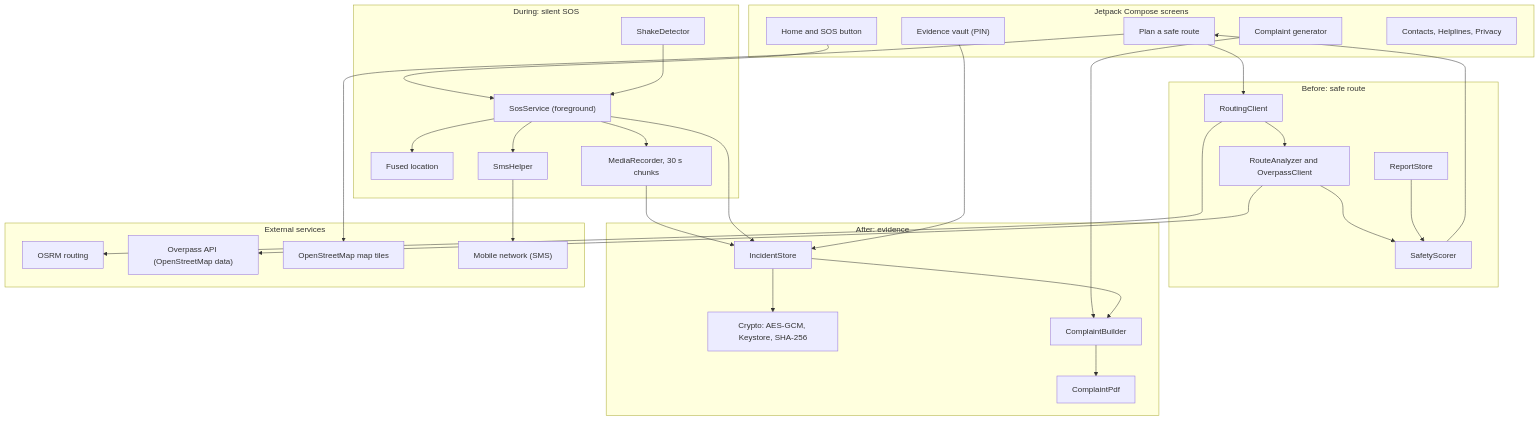
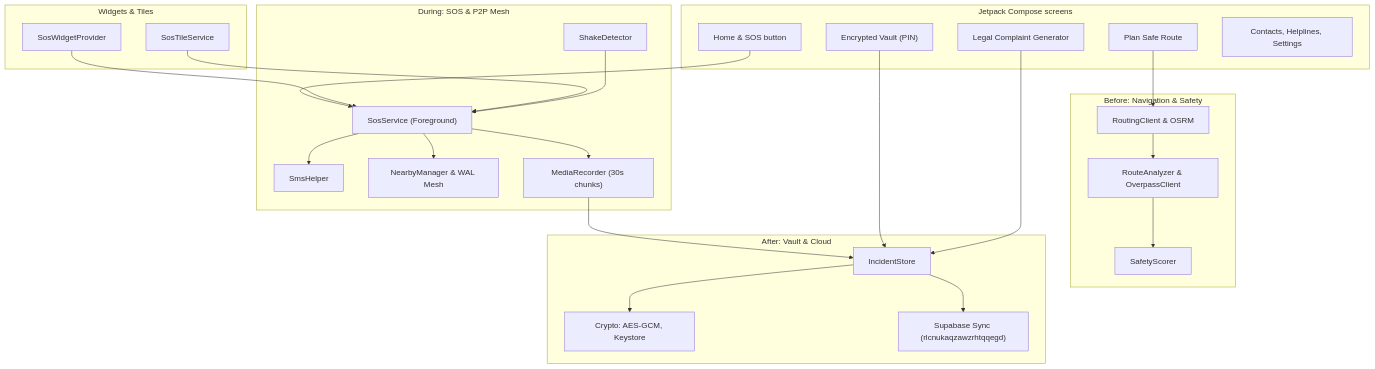
Before and after one commit to khushighumre/sheshield: the diagram in README.md, drawn with Mermaid. The commit also changed other lines of this file and 46 other files, not shown here.

````diff
--- a/README.md
+++ b/README.md
@@ -85,59 +65,48 @@
 ```mermaid
 flowchart TB
     subgraph UI["Jetpack Compose screens"]
-        Home["Home and SOS button"]
-        Plan["Plan a safe route"]
-        Vault["Evidence vault (PIN)"]
-        Complaint["Complaint generator"]
-        Other["Contacts, Helplines, Privacy"]
+        Home["Home & SOS button"]
+        Plan["Plan Safe Route"]
+        Vault["Encrypted Vault (PIN)"]
+        Complaint["Legal Complaint Generator"]
+        Other["Contacts, Helplines, Settings"]
     end
 
-    subgraph Before["Before: safe route"]
-        Routing["RoutingClient"]
-        Analyzer["RouteAnalyzer and OverpassClient"]
-        Reports["ReportStore"]
+    subgraph Before["Before: Navigation & Safety"]
+        Routing["RoutingClient & OSRM"]
+        Analyzer["RouteAnalyzer & OverpassClient"]
         Scorer["SafetyScorer"]
     end
 
-    subgraph During["During: silent SOS"]
+    subgraph During["During: SOS & P2P Mesh"]
         Shake["ShakeDetector"]
-        Service["SosService (foreground)"]
-        Loc["Fused location"]
+        Service["SosService (Foreground)"]
         Sms["SmsHelper"]
-        Rec["MediaRecorder, 30 s chunks"]
+        P2P["NearbyManager & WAL Mesh"]
+        Rec["MediaRecorder (30s chunks)"]
     end
 
-    subgraph After["After: evidence"]
+    subgraph After["After: Vault & Cloud"]
         Incidents["IncidentStore"]
-        Crypto["Crypto: AES-GCM, Keystore, SHA-256"]
-        Builder["ComplaintBuilder"]
-        Pdf["ComplaintPdf"]
+        Crypto["Crypto: AES-GCM, Keystore"]
+        Cloud["Supabase Sync (rlcnukaqzawzrhtqqegd)"]
     end
 
-    subgraph Ext["External services"]
-        OSRM["OSRM routing"]
-        OP["Overpass API (OpenStreetMap data)"]
-        Tiles["OpenStreetMap map tiles"]
-        Cell["Mobile network (SMS)"]
+    subgraph Widgets["Widgets & Tiles"]
+        Widget["SosWidgetProvider"]
+        Tile["SosTileService"]
     end
 
     Plan --> Routing --> Analyzer --> Scorer
-    Reports --> Scorer
-    Scorer --> Plan
-    Routing --> OSRM
-    Analyzer --> OP
-    Plan --> Tiles
-
     Home --> Service
+    Widget --> Service
+    Tile --> Service
     Shake --> Service
-    Service --> Loc
-    Service --> Sms --> Cell
+    Service --> Sms
+    Service --> P2P
     Service --> Rec --> Incidents
-    Service --> Incidents
     Incidents --> Crypto
-
+    Incidents --> Cloud
     Vault --> Incidents
-    Complaint --> Builder
-    Incidents --> Builder
-    Builder --> Pdf
+    Complaint --> Incidents
 ```
````
